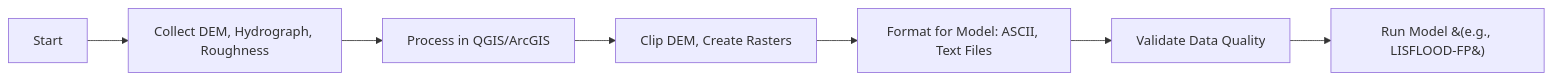
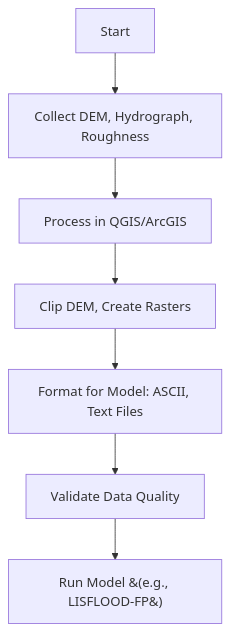
The second of 2 diagrams in docs/chapter_03.md (SouravDSGit/Hydrodynamic-Modeling), drawn with Mermaid before and after one commit.

````diff
--- a/docs/chapter_03.md
+++ b/docs/chapter_03.md
@@ -143,9 +143,9 @@
 ```{mermaid}
-graph LR
+graph TD
     A[Start] --> B[Collect DEM, Hydrograph, Roughness]
     B --> C[Process in QGIS/ArcGIS]
     C --> D[Clip DEM, Create Rasters]
     D --> E[Format for Model: ASCII, Text Files]
     E --> F[Validate Data Quality]
     F --> G[Run Model &#40;e.g., LISFLOOD-FP&#41;]
 ```
````
